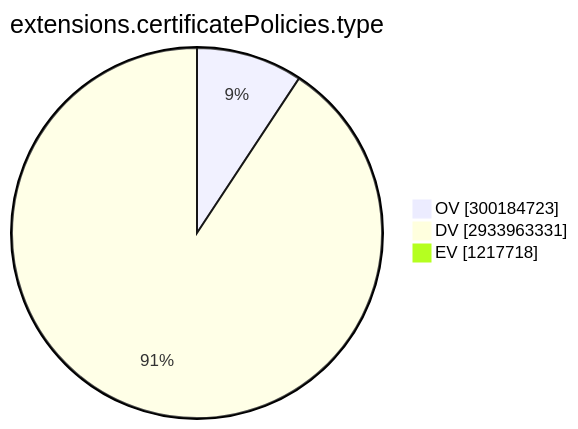
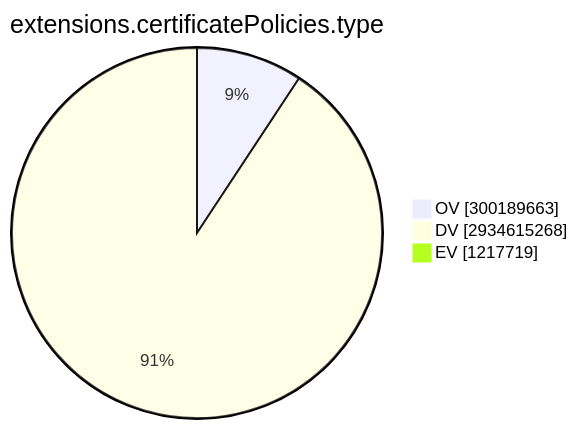
Before and after one commit to christiankrug/ctmonitor_visualization: the ninth of 15 diagrams in TOTAL/README.md, drawn with Mermaid. The commit also changed other lines of this file, not shown here.

````diff
--- a/TOTAL/README.md
+++ b/TOTAL/README.md
@@ -3101,7 +3101,7 @@
 ```mermaid
 pie showData
 title extensions.certificatePolicies.type
-"OV" :300184723
-"DV" :2933963331
-"EV" :1217718
+"OV" :300189663
+"DV" :2934615268
+"EV" :1217719
 ```
````
